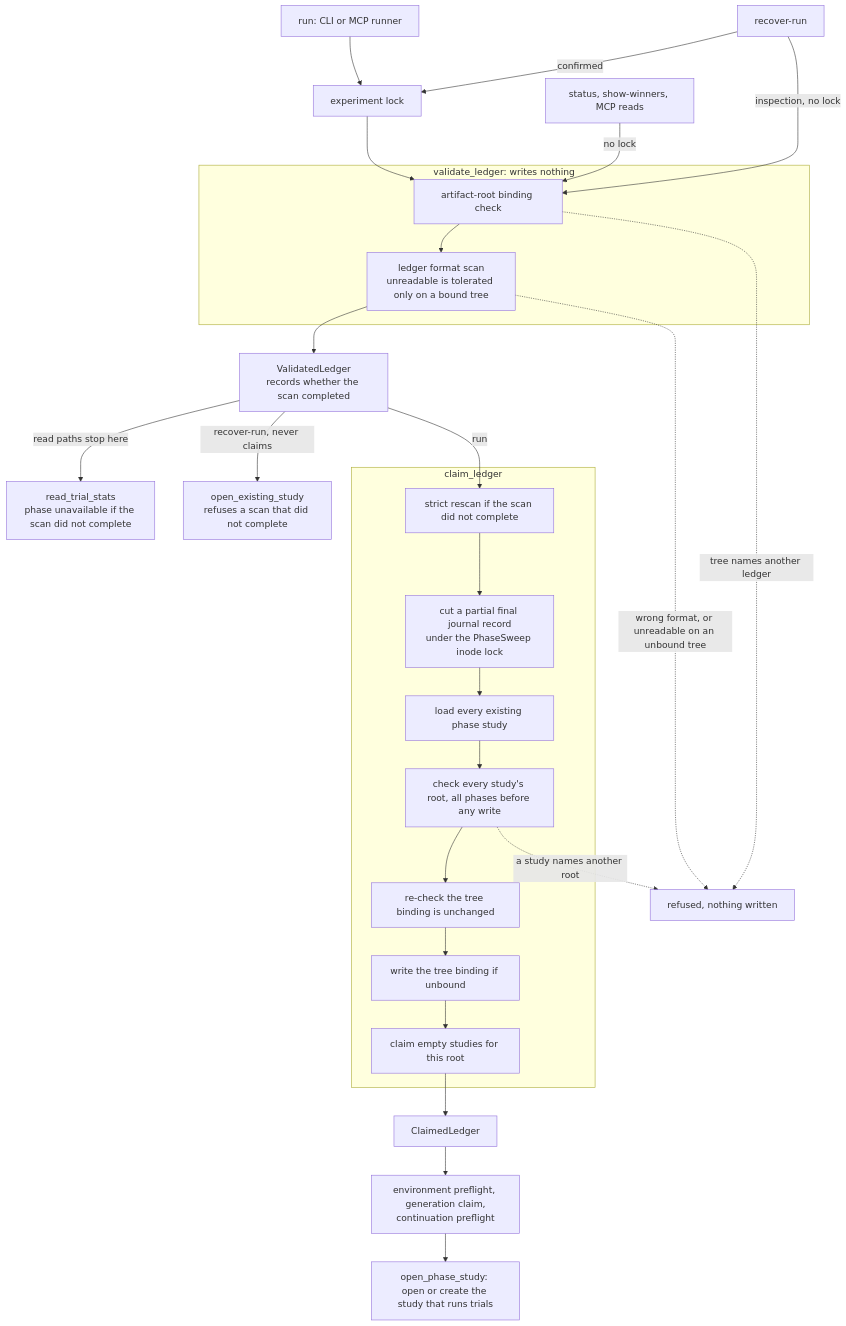
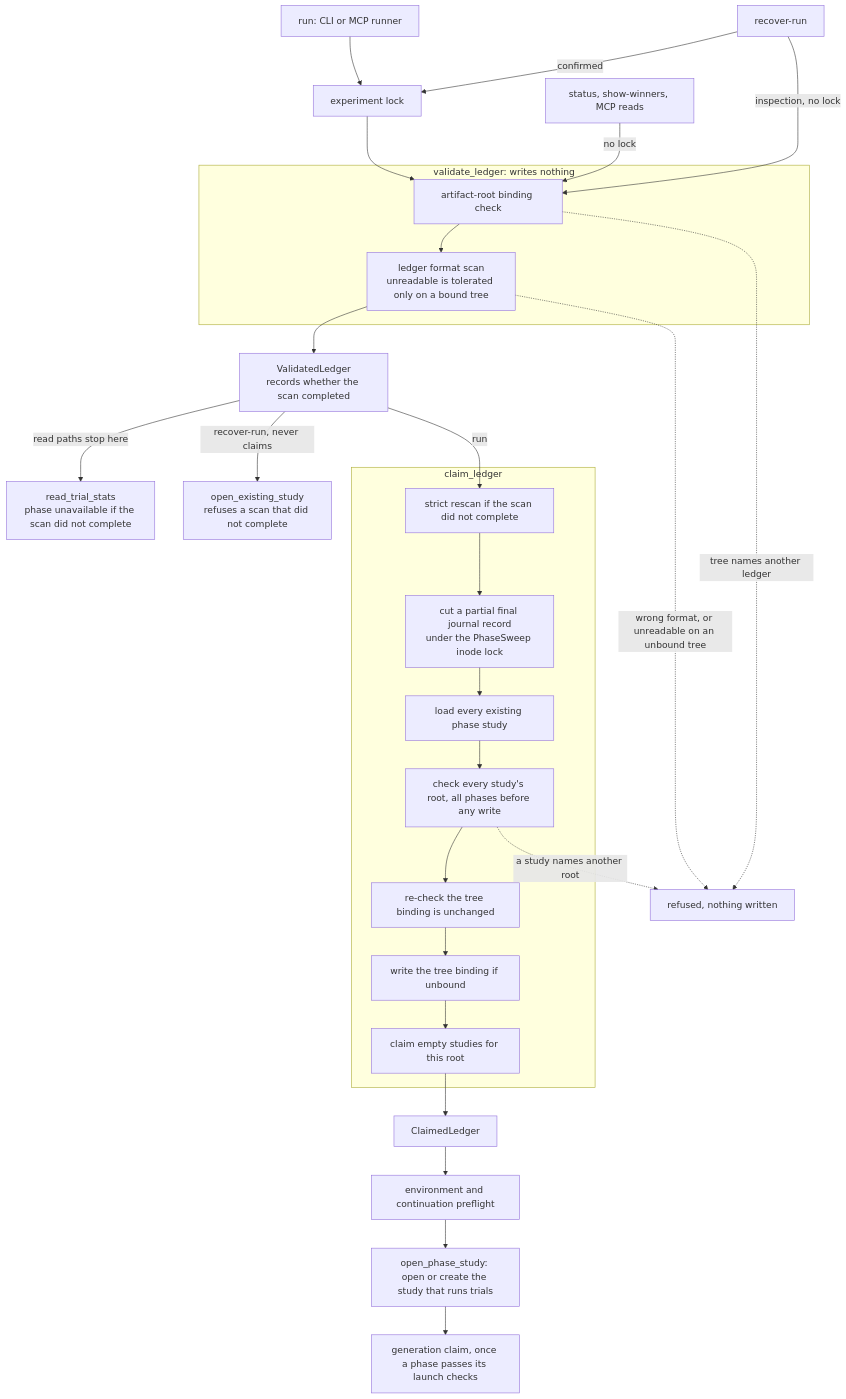
The diagram in docs/invariants.md (pszemraj/phasesweep), drawn with Mermaid before and after one commit. The commit also changed other lines of this file and 20 other files, not shown here.

````diff
--- a/docs/invariants.md
+++ b/docs/invariants.md
@@ -15,29 +15,30 @@
 ```mermaid
 flowchart TD
     run["run: CLI or MCP runner"] --> lock["experiment lock"]
     recover["recover-run"] -->|"confirmed"| lock
     recover -->|"inspection, no lock"| check
     reads["status, show-winners, MCP reads"] -->|"no lock"| check
     lock --> check
     subgraph validate["validate_ledger: writes nothing"]
         check["artifact-root binding check"] --> scan["ledger format scan<br/>unreadable is tolerated only on a bound tree"]
     end
     scan --> handle["ValidatedLedger<br/>records whether the scan completed"]
     handle -->|"read paths stop here"| ro["read_trial_stats<br/>phase unavailable if the scan did not complete"]
     handle -->|"recover-run, never claims"| existing["open_existing_study<br/>refuses a scan that did not complete"]
     handle -->|"run"| rescan
     subgraph claim["claim_ledger"]
         rescan["strict rescan if the scan did not complete"] --> repair["cut a partial final journal record<br/>under the PhaseSweep inode lock"]
         repair --> discover["load every existing phase study"]
         discover --> roots["check every study's root, all phases before any write"]
         roots --> recheck["re-check the tree binding is unchanged"]
         recheck --> bind["write the tree binding if unbound"]
         bind --> claimst["claim empty studies for this root"]
     end
     claimst --> claimed["ClaimedLedger"]
-    claimed --> pre["environment preflight, generation claim,<br/>continuation preflight"]
+    claimed --> pre["environment and continuation preflight"]
     pre --> open["open_phase_study: open or create the study that runs trials"]
+    open --> gen["generation claim, once a phase passes its launch checks"]
     check -.->|"tree names another ledger"| refused["refused, nothing written"]
     scan -.->|"wrong format, or unreadable on an unbound tree"| refused
     roots -.->|"a study names another root"| refused
 ```
````
